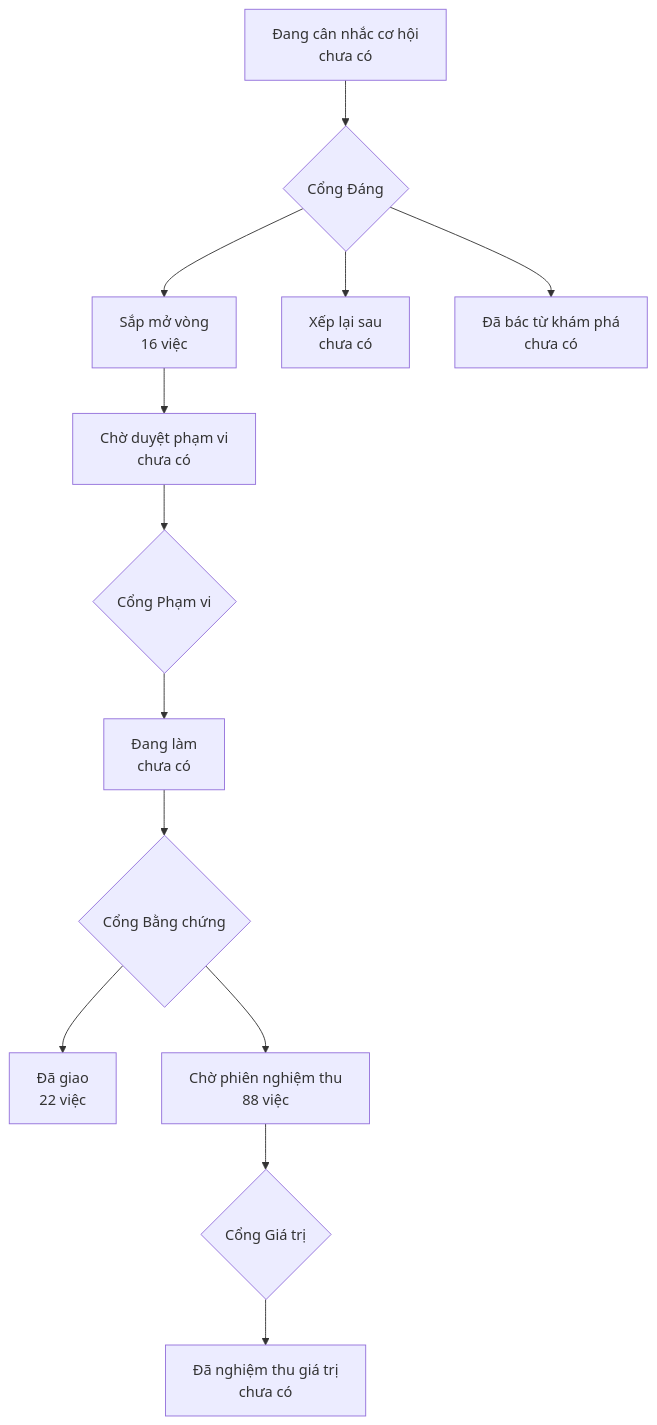
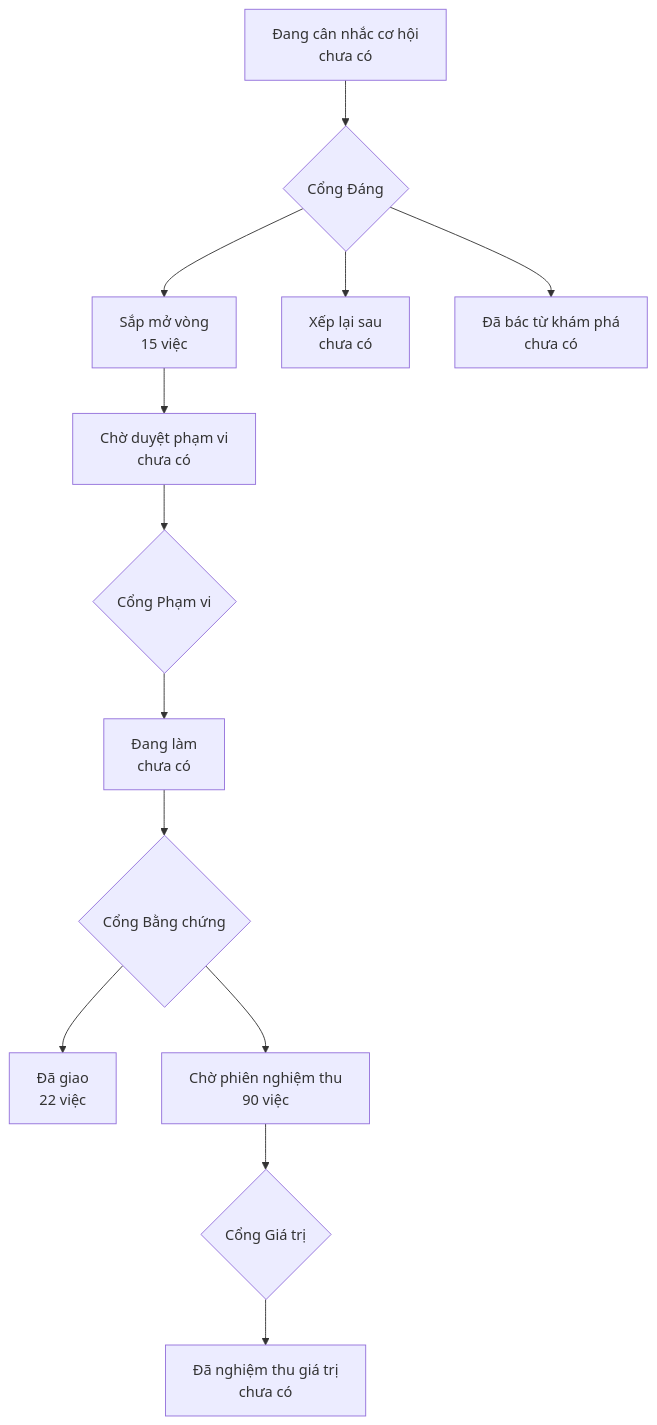
Before and after one commit to phanlemanh/onehub-quy-hang: the diagram in PRODUCT-MAP.md, drawn with Mermaid. The commit also changed other lines of this file and 1 other file, not shown here.

Commit message:
chore: vẽ lại bản đồ sản phẩm sau khi gộp nhánh chính

````diff
--- a/PRODUCT-MAP.md
+++ b/PRODUCT-MAP.md
@@ -7,12 +7,12 @@
 ```mermaid
 flowchart TD
   A["Đang cân nhắc cơ hội<br/>chưa có"] --> GD{"Cổng Đáng"}
-  GD --> B["Sắp mở vòng<br/>16 việc"]
+  GD --> B["Sắp mở vòng<br/>15 việc"]
   GD --> XL["Xếp lại sau<br/>chưa có"]
   GD --> DB["Đã bác từ khám phá<br/>chưa có"]
   B --> CD["Chờ duyệt phạm vi<br/>chưa có"] --> GP{"Cổng Phạm vi"}
   GP --> DL["Đang làm<br/>chưa có"] --> GB{"Cổng Bằng chứng"}
   GB --> DG["Đã giao<br/>22 việc"]
-  GB --> CN["Chờ phiên nghiệm thu<br/>88 việc"] --> GG{"Cổng Giá trị"}
+  GB --> CN["Chờ phiên nghiệm thu<br/>90 việc"] --> GG{"Cổng Giá trị"}
   GG --> NT["Đã nghiệm thu giá trị<br/>chưa có"]
 ```
````
